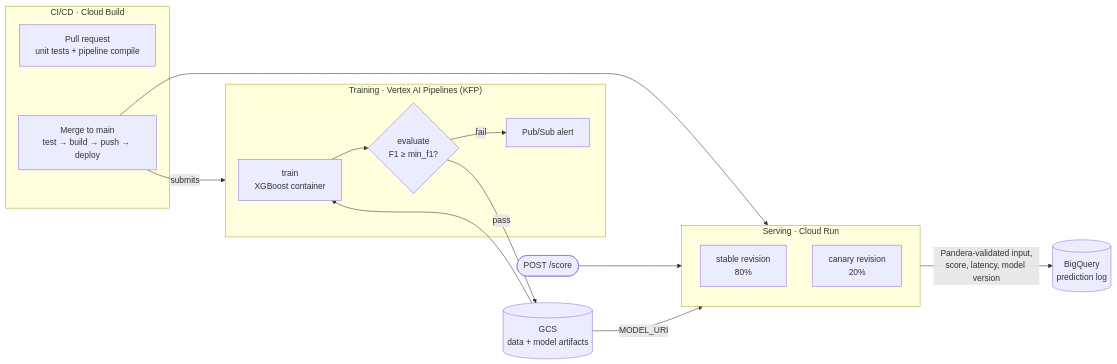
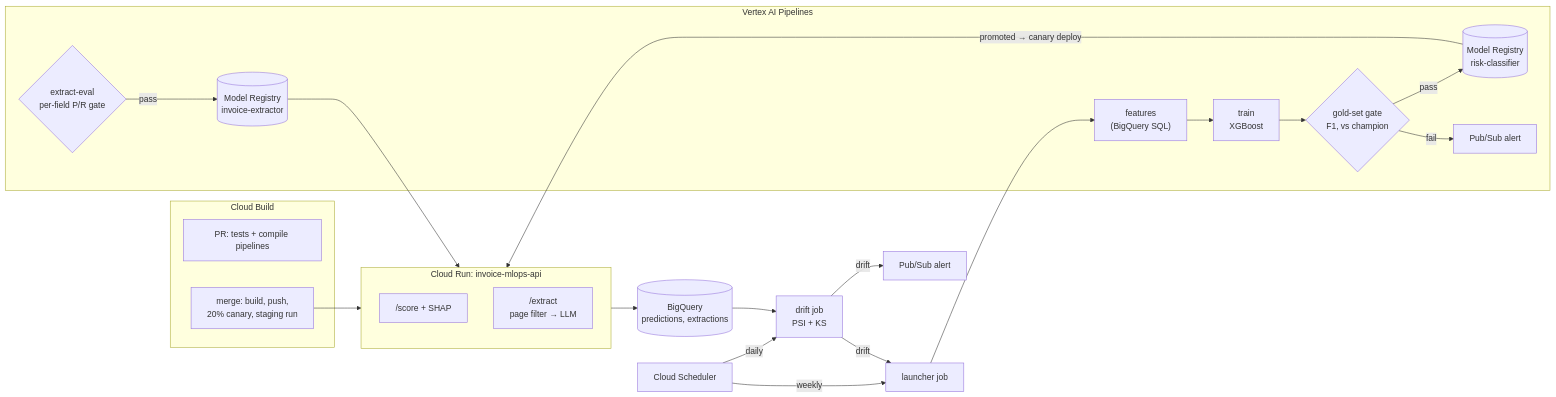
One commit to alanferrari95/invoice-mlops changed the diagram in README.md. Above: the diagram before and after it, drawn with Mermaid. The commit also changed other lines of this file, not shown here.

Commit message:
docs(week15): README with architecture, status per area, measured numbers and three ways to run it

````diff
--- a/README.md
+++ b/README.md
@@ -9,28 +12,29 @@
 ```mermaid
 flowchart LR
-    subgraph CI["CI/CD · Cloud Build"]
-        PR["Pull request<br/>unit tests + pipeline compile"]
-        MAIN["Merge to main<br/>test → build → push → deploy"]
+    subgraph CI["Cloud Build"]
+        PR["PR: tests + compile pipelines"]
+        MAIN["merge: build, push,<br/>20% canary, staging run"]
     end
 
-    subgraph TRAIN["Training · Vertex AI Pipelines (KFP)"]
-        T["train<br/>XGBoost container"] --> E{"evaluate<br/>F1 ≥ min_f1?"}
-        E -- fail --> A["Pub/Sub alert"]
+    subgraph CT["Vertex AI Pipelines"]
+        F["features<br/>(BigQuery SQL)"] --> T["train<br/>XGBoost"] --> E{"gold-set gate<br/>F1, vs champion"}
+        E -- pass --> REG[("Model Registry<br/>risk-classifier")]
+        E -- fail --> AL["Pub/Sub alert"]
+        X{"extract-eval<br/>per-field P/R gate"} -- pass --> REG2[("Model Registry<br/>invoice-extractor")]
     end
 
-    subgraph SERVE["Serving · Cloud Run"]
-        S["stable revision<br/>80%"]
-        C["canary revision<br/>20%"]
+    subgraph RUN["Cloud Run: invoice-mlops-api"]
+        S["/score + SHAP"]
+        XT["/extract<br/>page filter → LLM"]
     end
 
-    GCS[("GCS<br/>data + model artifacts")]
-    BQ[("BigQuery<br/>prediction log")]
-
-    MAIN --> SERVE
-    MAIN -- submits --> TRAIN
-    GCS --> T
-    E -- pass --> GCS
-    GCS -- MODEL_URI --> SERVE
-    CLIENT(["POST /score"]) --> SERVE
-    SERVE -- Pandera-validated input,<br/>score, latency, model version --> BQ
+    BQ[("BigQuery<br/>predictions, extractions")]
+    SCH["Cloud Scheduler"] -- weekly --> L["launcher job"] --> F
+    SCH -- daily --> D["drift job<br/>PSI + KS"]
+    D -- drift --> AL2["Pub/Sub alert"]
+    D -- drift --> L
+    MAIN --> RUN
+    REG -- "promoted → canary deploy" --> RUN
+    REG2 --> RUN
+    RUN --> BQ --> D
 ```
````
